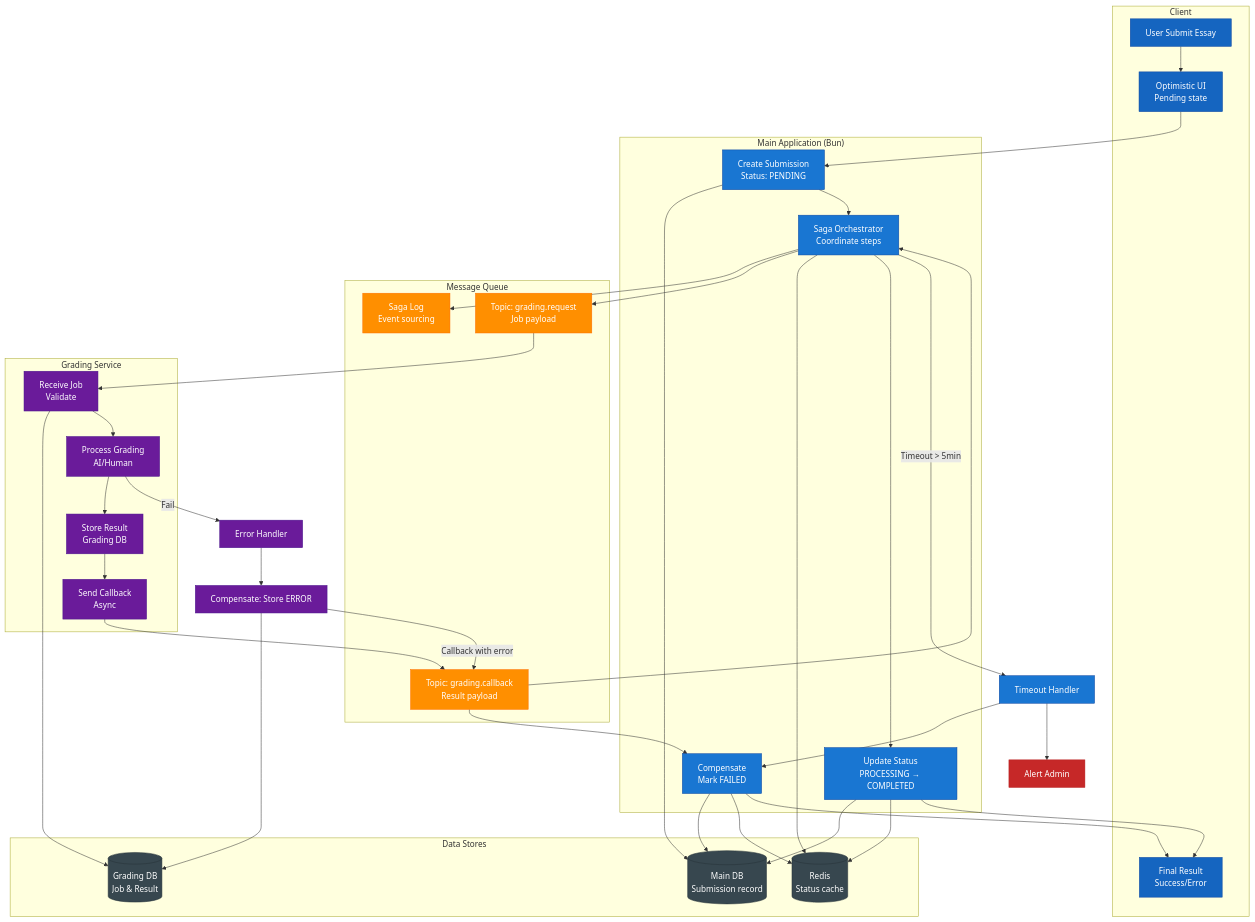
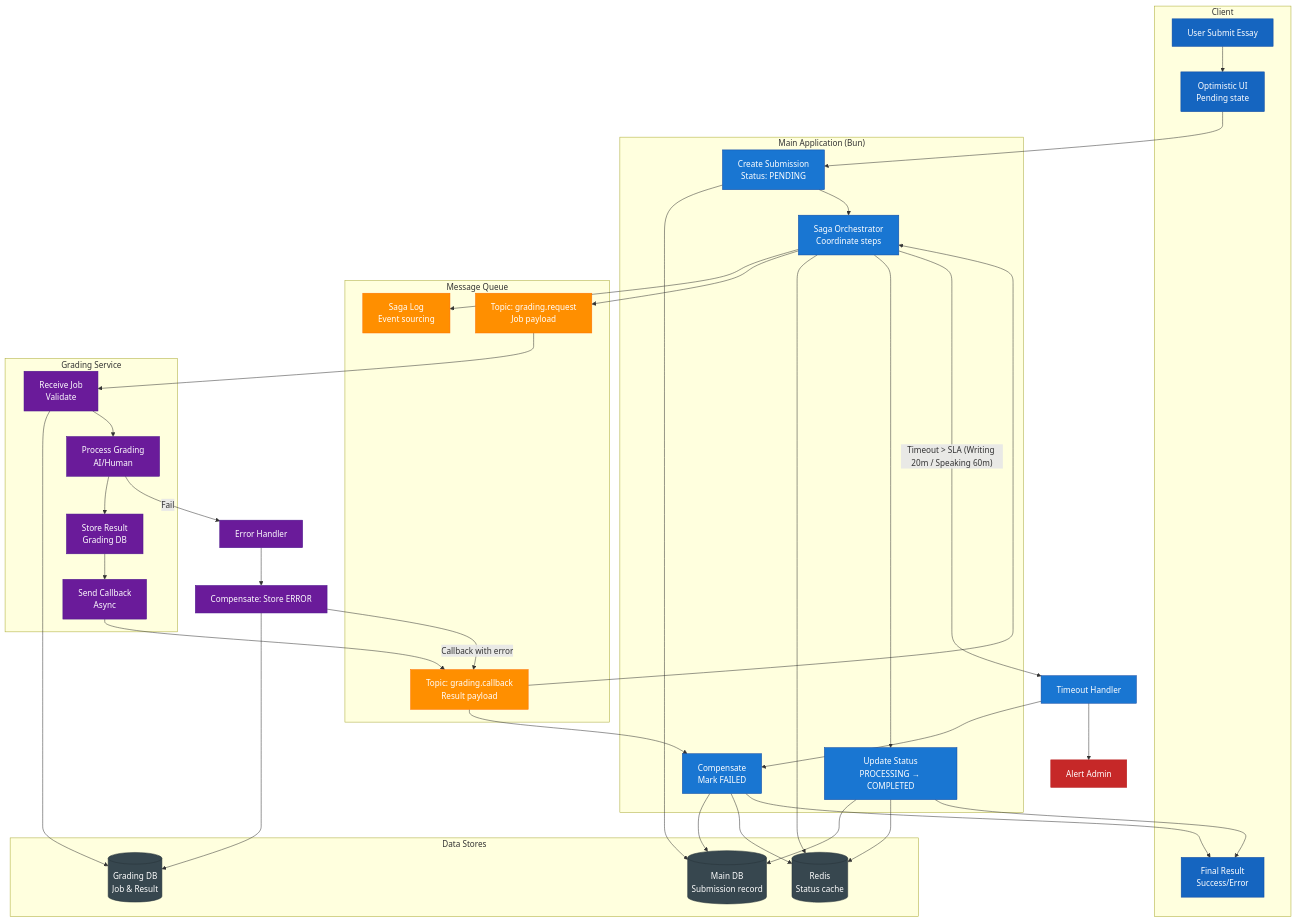
The fourth of 13 diagrams in docs/capstone/diagrams/flow-diagrams.vi.md (nghyane/VSTEP), drawn with Mermaid before and after one commit. The commit also changed other lines of this file and 9 other files, not shown here.

```diff
--- a/docs/capstone/diagrams/flow-diagrams.vi.md
+++ b/docs/capstone/diagrams/flow-diagrams.vi.md
@@ -346,7 +359,7 @@
     CompensateMain --> FinalUI
 
     %% Timeout handling
-    SagaOrchestrator -->|"Timeout > 5min"| TimeoutHandler["Timeout Handler"]
+    SagaOrchestrator -->|"Timeout > SLA (Writing 20m / Speaking 60m)"| TimeoutHandler["Timeout Handler"]
     TimeoutHandler --> CompensateMain
     TimeoutHandler --> Alert["Alert Admin"]
 
```
